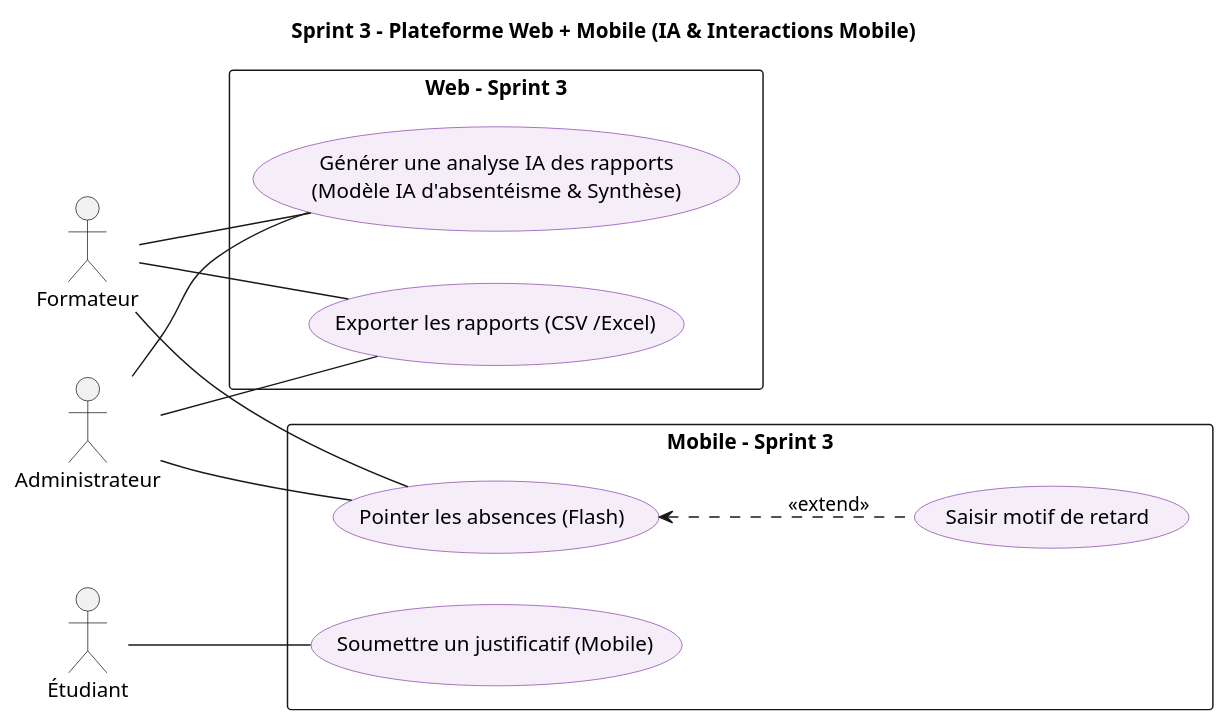
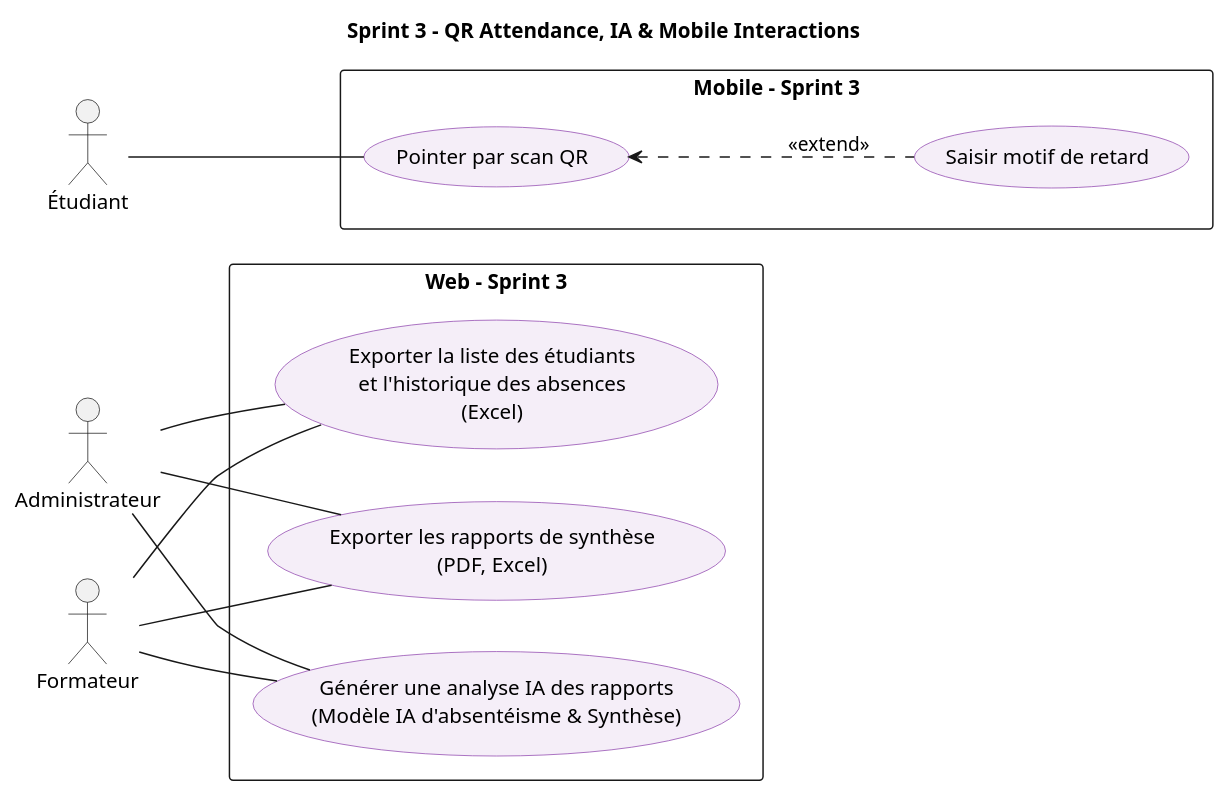
Before and after one commit to abdelhaymallouli/AttendanceFlow-AMS: the diagram in Analyse/cas_utilisation/web/sprint3.puml, drawn with PlantUML. The commit also changed 26 other files, not shown here.

Commit message:
feat: add project documentation, analysis diagrams, admin blade views, and necessary PHP development headers

```diff
--- a/Analyse/cas_utilisation/web/sprint3.puml
+++ b/Analyse/cas_utilisation/web/sprint3.puml
@@ -1,39 +1,40 @@
 @startuml sprint3_web
-title Sprint 3 - Plateforme Web + Mobile (IA & Interactions Mobile)
+title Sprint 3 - QR Attendance, IA & Mobile Interactions
 left to right direction
 
 skinparam usecase {
   BackgroundColor #F5EEF8
   BorderColor #8E44AD
 }
 
 actor "Administrateur" as Admin
 actor "Étudiant" as Student
 actor "Formateur" as Trainer
 
 rectangle "Web - Sprint 3" {
     usecase "Générer une analyse IA des rapports\n(Modèle IA d'absentéisme & Synthèse)" as UC_W_AI
-    usecase "Exporter les rapports (CSV /Excel)" as UC_WXP
+    usecase "Exporter les rapports de synthèse\n(PDF, Excel)" as UC_W07R
+    usecase "Exporter la liste des étudiants\net l'historique des absences\n(Excel)" as UC_W07
 }
 
 rectangle "Mobile - Sprint 3" {
-    usecase "Pointer les absences (Flash)" as UC_M02
+    usecase "Pointer par scan QR" as UC_M02
     usecase "Saisir motif de retard" as UC_M02a
-    usecase "Soumettre un justificatif (Mobile)" as UC_M03
 }
 
 ' Web Links
 Admin -- UC_W_AI
 Trainer -- UC_W_AI
-Admin -- UC_WXP
-Trainer -- UC_WXP
+Admin -- UC_W07R
+Trainer -- UC_W07R
+Admin -- UC_W07
+Trainer -- UC_W07
 
 ' Mobile Links
-Trainer -- UC_M02
-Admin -- UC_M02
+Student -- UC_M02
+
 UC_M02 <.. UC_M02a : <<extend>>
 
-Student -- UC_M03
 
 
 @enduml
```
